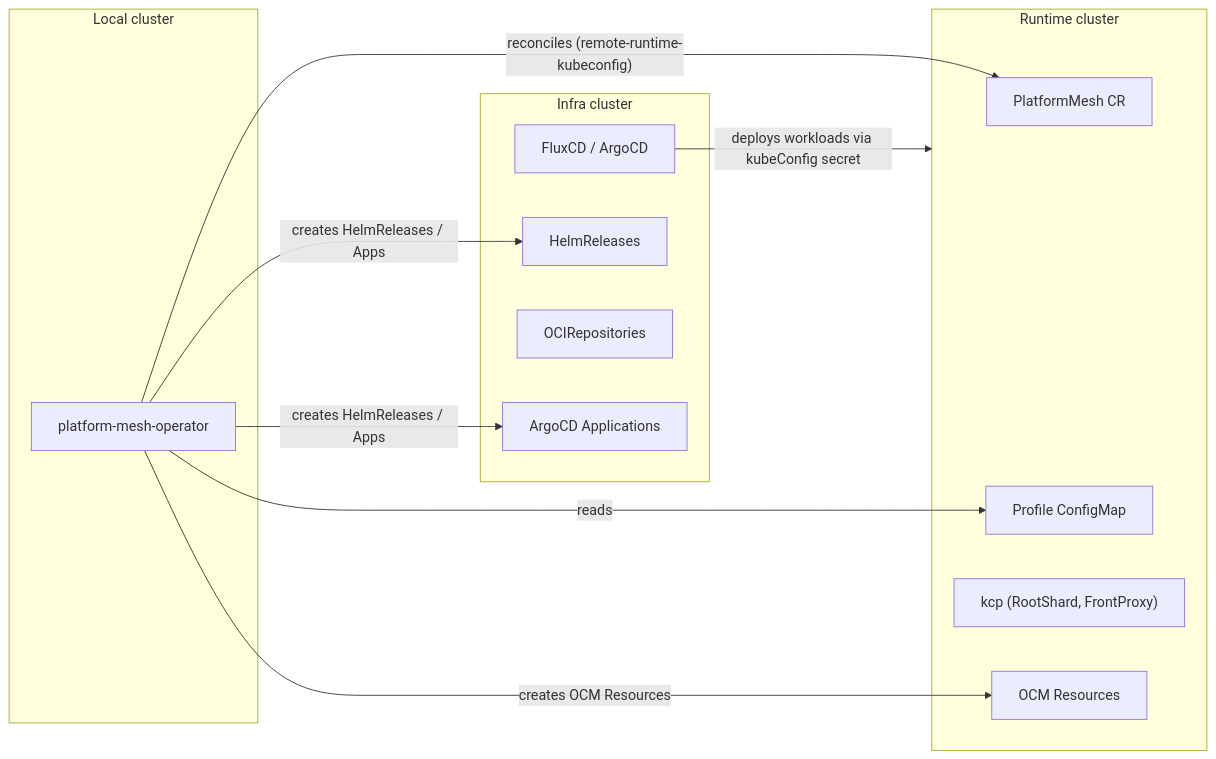
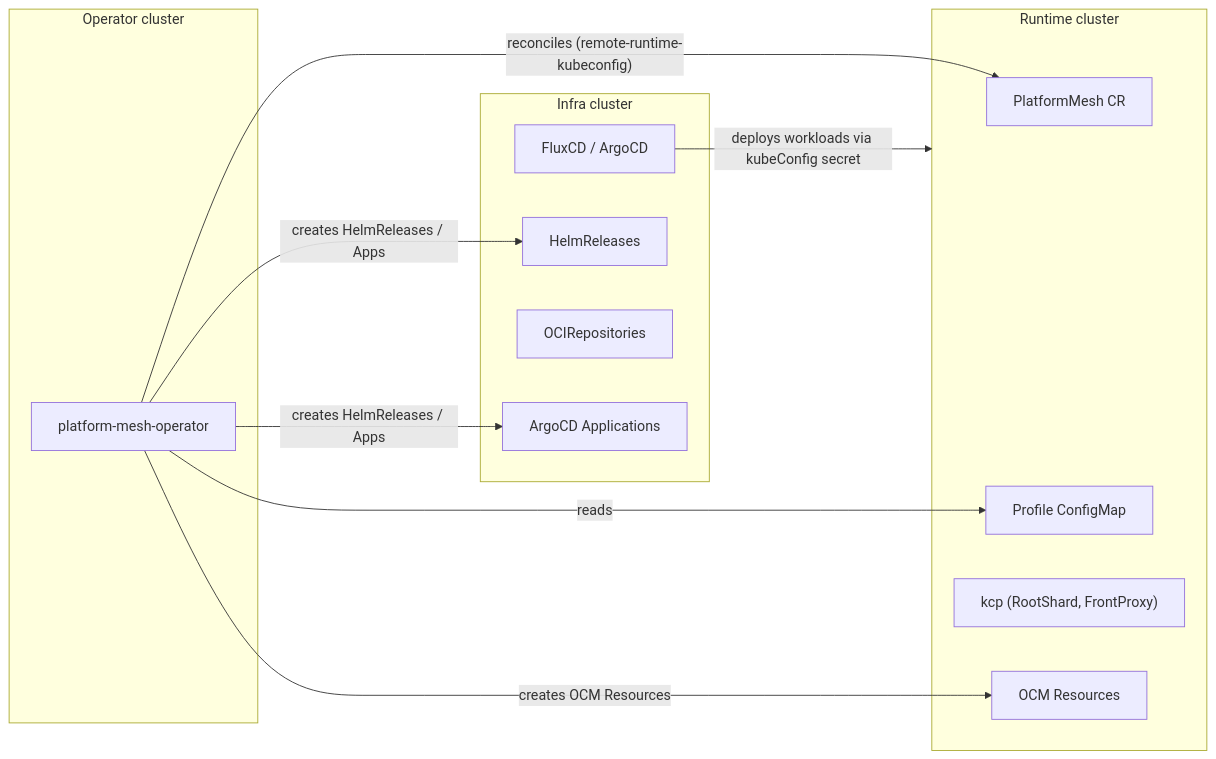
The first of 2 diagrams in reference/components/platform-mesh-operator.md (platform-mesh/platform-mesh.github.io), drawn with Mermaid before and after one commit. The commit also changed other lines of this file and 2 other files, not shown here.

````diff
--- a/reference/components/platform-mesh-operator.md
+++ b/reference/components/platform-mesh-operator.md
@@ -264,27 +264,27 @@
 ```mermaid
 graph LR
-    subgraph Local["Local cluster"]
+    subgraph Operator["Operator cluster"]
         OP["platform-mesh-operator"]
     end
 
     subgraph Runtime["Runtime cluster"]
         PM["PlatformMesh CR"]
         PROF["Profile ConfigMap"]
         KCP["kcp (RootShard, FrontProxy)"]
         OCM["OCM Resources"]
     end
 
     subgraph Infra["Infra cluster"]
         FLUX["FluxCD / ArgoCD"]
         HR["HelmReleases"]
         OCI["OCIRepositories"]
         APPS["ArgoCD Applications"]
     end
 
     OP -->|"reconciles (remote-runtime-kubeconfig)"| PM
     OP -->|"reads"| PROF
     OP -->|"creates OCM Resources"| OCM
     OP -->|"creates HelmReleases / Apps"| HR
     OP -->|"creates HelmReleases / Apps"| APPS
     FLUX -->|"deploys workloads via kubeConfig secret"| Runtime
 ```
````
